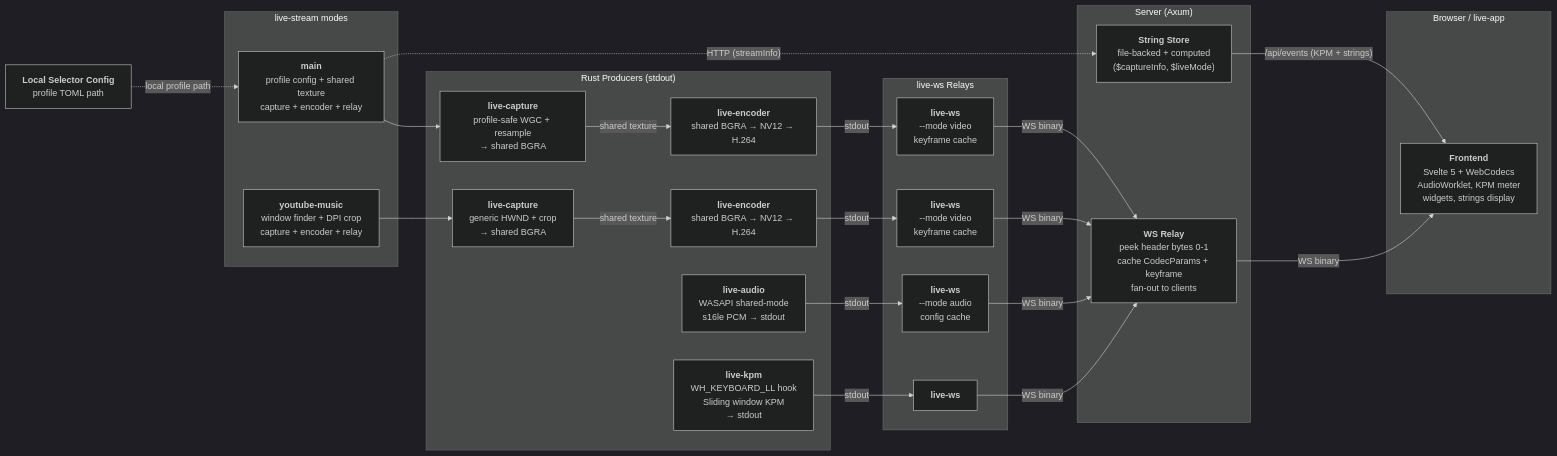
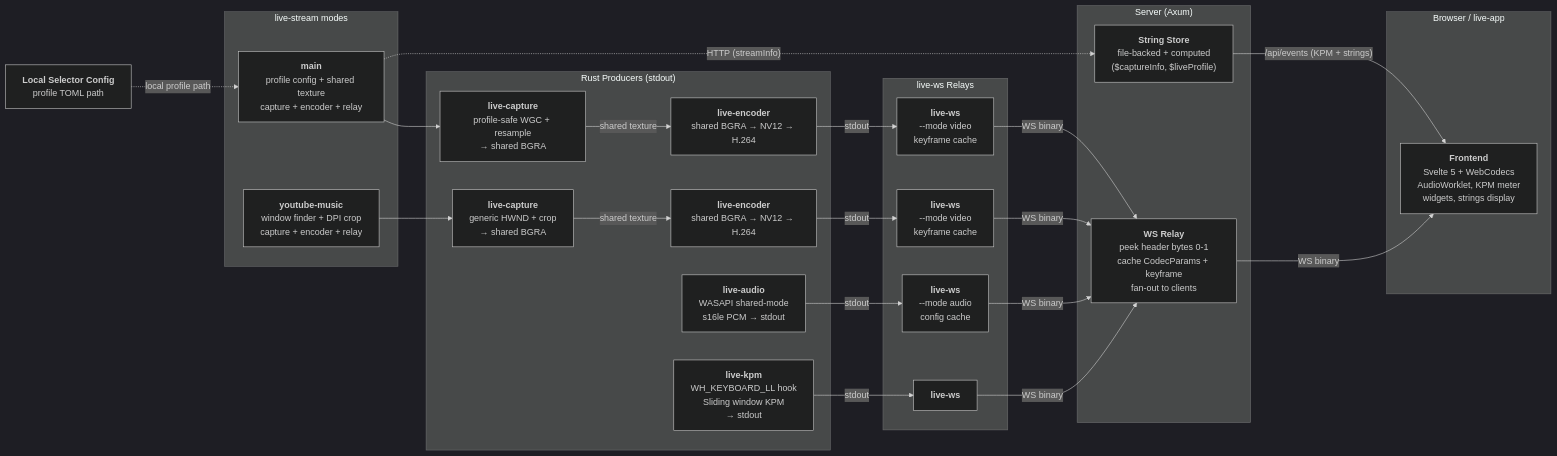
One commit to NekomaruQwQ/TurboCapture changed the diagram in docs/README.md. Above: the diagram before and after it, drawn with Mermaid (dark theme). The commit also changed other lines of this file and 7 other files, not shown here.

Commit message:
Rename live mode metadata to capture profile

````diff
--- a/docs/README.md
+++ b/docs/README.md
@@ -80,54 +80,54 @@
 ```mermaid
 graph LR
     subgraph supervisors["live-stream modes"]
         stream_main["<b>main</b><br/>profile config + shared texture<br/>capture + encoder + relay"]
         stream_youtube_music["<b>youtube-music</b><br/>window finder + DPI crop<br/>capture + encoder + relay"]
     end
 
     subgraph producers["Rust Producers (stdout)"]
         capture_main["<b>live-capture</b><br/>profile-safe WGC + resample<br/>→ shared BGRA"]
         capture_youtube_music["<b>live-capture</b><br/>generic HWND + crop<br/>→ shared BGRA"]
         encoder_main["<b>live-encoder</b><br/>shared BGRA → NV12 → H.264"]
         encoder_youtube_music["<b>live-encoder</b><br/>shared BGRA → NV12 → H.264"]
         audio["<b>live-audio</b><br/>WASAPI shared-mode<br/>s16le PCM → stdout"]
         kpm["<b>live-kpm</b><br/>WH_KEYBOARD_LL hook<br/>Sliding window KPM<br/>→ stdout"]
     end
 
     subgraph relays["live-ws Relays"]
         ws_main["<b>live-ws</b><br/>--mode video<br/>keyframe cache"]
         ws_youtube_music["<b>live-ws</b><br/>--mode video<br/>keyframe cache"]
         ws_audio["<b>live-ws</b><br/>--mode audio<br/>config cache"]
         ws_kpm["<b>live-ws</b>"]
     end
 
     config["<b>Local Selector Config</b><br/>profile TOML path"]
 
     subgraph server["Server (Axum)"]
         relay["<b>WS Relay</b><br/>peek header bytes 0-1<br/>cache CodecParams + keyframe<br/>fan-out to clients"]
-        strings["<b>String Store</b><br/>file-backed + computed<br/>($captureInfo, $liveMode)"]
+        strings["<b>String Store</b><br/>file-backed + computed<br/>($captureInfo, $liveProfile)"]
     end
 
     subgraph frontend["Browser / live-app"]
         viewer["<b>Frontend</b><br/>Svelte 5 + WebCodecs<br/>AudioWorklet, KPM meter<br/>widgets, strings display"]
     end
 
     stream_main --> capture_main
     stream_youtube_music --> capture_youtube_music
     capture_main -- "shared texture" --> encoder_main
     capture_youtube_music -- "shared texture" --> encoder_youtube_music
     encoder_main -- "stdout" --> ws_main
     encoder_youtube_music -- "stdout" --> ws_youtube_music
     audio -- "stdout" --> ws_audio
     kpm -- "stdout" --> ws_kpm
 
     ws_main -- "WS binary" --> relay
     ws_youtube_music -- "WS binary" --> relay
     ws_audio -- "WS binary" --> relay
     ws_kpm -- "WS binary" --> relay
 
     config -. "local profile path" .-> stream_main
     stream_main -. "HTTP (streamInfo)" .-> strings
 
     relay -- "WS binary" --> viewer
     strings -- "/api/events (KPM + strings)" --> viewer
 ```
````
